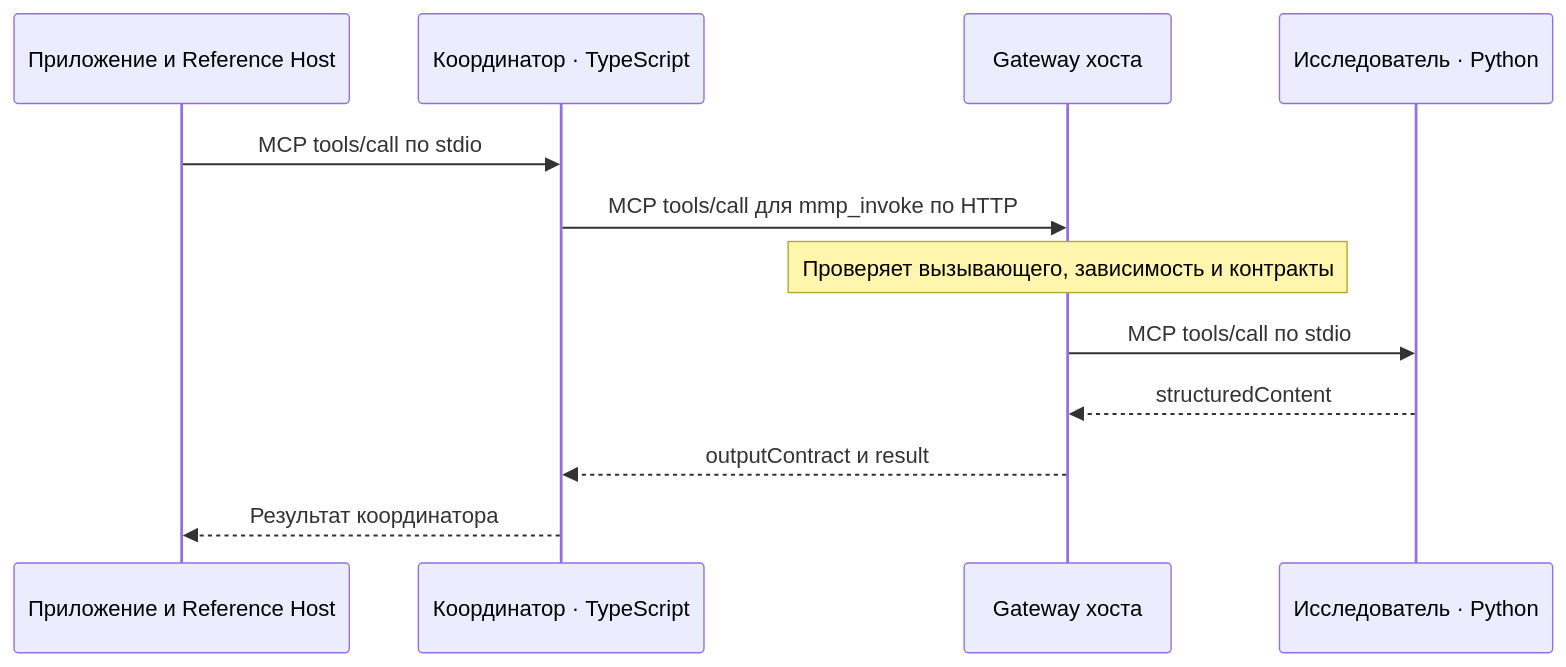
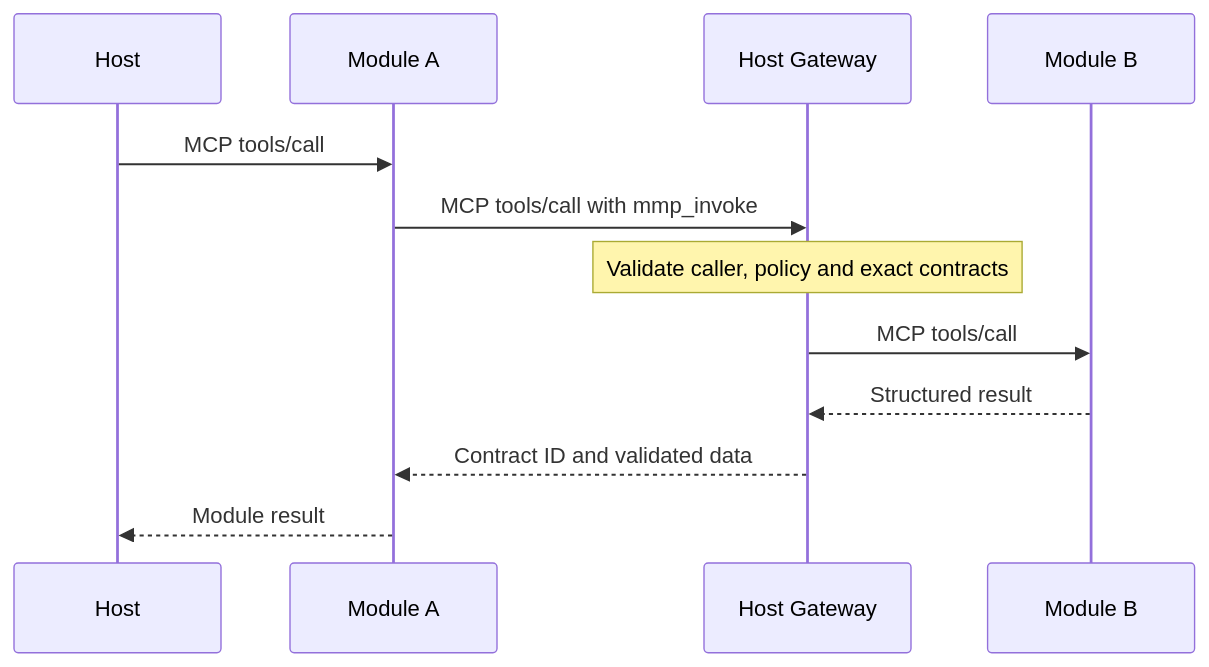
The diagram in README.md (artemnoor/makora-module-protocol), drawn with Mermaid before and after one commit. The commit also changed other lines of this file and 56 other files, not shown here.

````diff
--- a/README.md
+++ b/README.md
@@ -30,14 +25,14 @@
 ```mermaid
 sequenceDiagram
-    participant H as Приложение и Reference Host
-    participant A as Координатор · TypeScript
-    participant G as Gateway хоста
-    participant B as Исследователь · Python
-    H->>A: MCP tools/call по stdio
-    A->>G: MCP tools/call для mmp_invoke по HTTP
-    Note over G: Проверяет вызывающего, зависимость и контракты
-    G->>B: MCP tools/call по stdio
-    B-->>G: structuredContent
-    G-->>A: outputContract и result
-    A-->>H: Результат координатора
+    participant H as Host
+    participant A as Module A
+    participant G as Host Gateway
+    participant B as Module B
+    H->>A: MCP tools/call
+    A->>G: MCP tools/call with mmp_invoke
+    Note over G: Validate caller, policy and exact contracts
+    G->>B: MCP tools/call
+    B-->>G: Structured result
+    G-->>A: Contract ID and validated data
+    A-->>H: Module result
 ```
````
